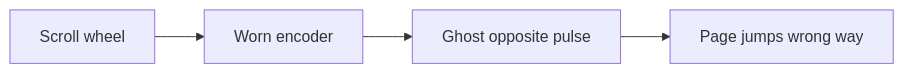
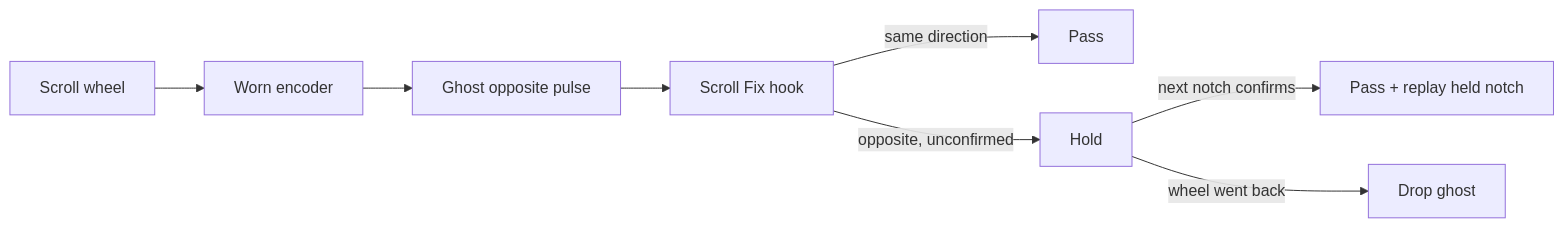
One commit to Leozz18/scroll-fix changed the diagram in README.md. Above: the diagram before and after it, drawn with Mermaid. The commit also changed other lines of this file and 14 other files, not shown here.

First line of the commit message:
v1.1.0: Balanced mode with hold/confirm/replay, presets, pause, CI, two release assets

````diff
--- a/README.md
+++ b/README.md
@@ -25,6 +29,10 @@
 ```mermaid
 flowchart LR
   wheel[Scroll wheel] --> encoder[Worn encoder]
   encoder --> ghost[Ghost opposite pulse]
-  ghost --> jump[Page jumps wrong way]
+  ghost --> hook[Scroll Fix hook]
+  hook -->|"same direction"| pass[Pass]
+  hook -->|"opposite, unconfirmed"| hold[Hold]
+  hold -->|"next notch confirms"| replay[Pass + replay held notch]
+  hold -->|"wheel went back"| drop[Drop ghost]
 ```
````
